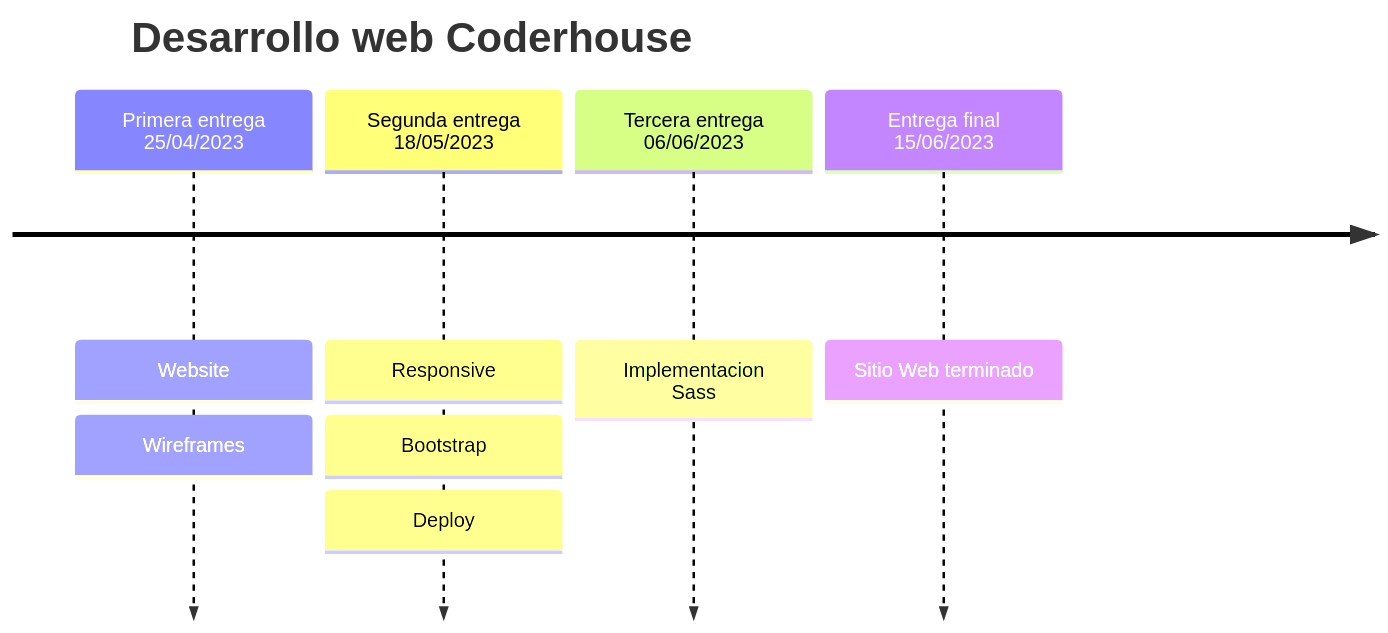
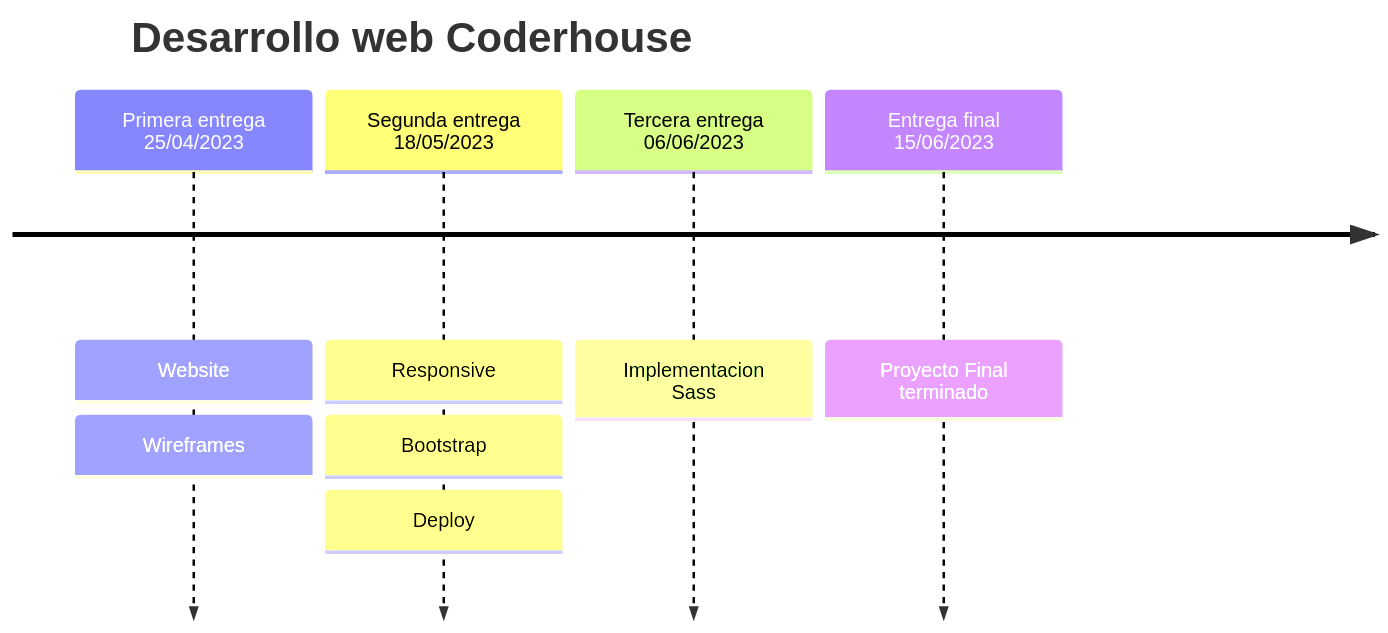
One commit to agusflores/desarrollo-web-coderhouse changed the diagram in README.md. Above: the diagram before and after it, drawn with Mermaid.

````diff
--- a/README.md
+++ b/README.md
@@ -21,8 +21,8 @@
 ``` mermaid
 timeline
     title Desarrollo web Coderhouse 
     Primera entrega 25/04/2023 : Website : Wireframes
     Segunda entrega 18/05/2023 : Responsive : Bootstrap : Deploy
     Tercera entrega 06/06/2023 : Implementacion Sass
-    Entrega final 15/06/2023   : Sitio Web terminado 
+    Entrega final 15/06/2023   : Proyecto Final terminado
 ```
````
